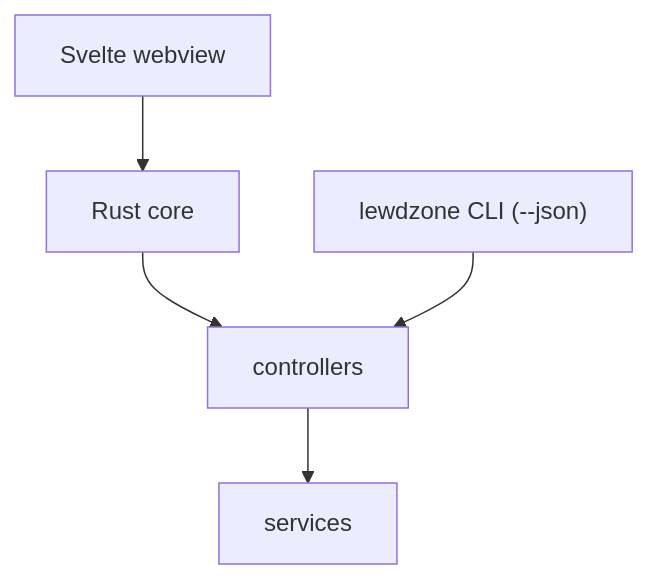
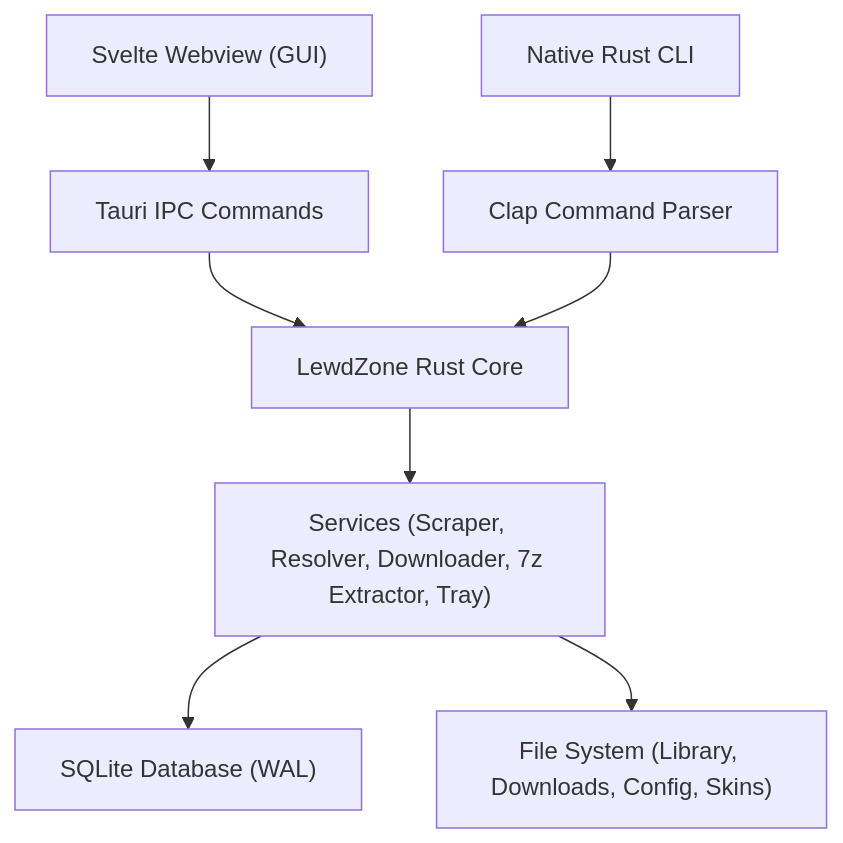
The first of 2 diagrams in wiki/Architecture.md (HELIX-Origin/LewdZone-Launcher), drawn with Mermaid before and after one commit. The commit also changed other lines of this file and 46 other files, not shown here.

Commit message:
✨ feat(release): v0.1.0 initial release with 7-Zip CLI extraction, flat library, system tray, and host blacklist

````diff
--- a/wiki/Architecture.md
+++ b/wiki/Architecture.md
@@ -46,12 +20,19 @@
 ```mermaid
 flowchart TD
-    WV["Svelte webview"]
-    RN["Rust core"]
-    CLI["lewdzone CLI (--json)"]
-    CT["controllers"]
-    SV["services"]
-    WV --> RN
-    RN --> CT
-    CLI --> CT
-    CT --> SV
+    WV["Svelte Webview (GUI)"]
+    CLI["Native Rust CLI"]
+    INV["Tauri IPC Commands"]
+    CLAP["Clap Command Parser"]
+    CORE["LewdZone Rust Core"]
+    SRV["Services (Scraper, Resolver, Downloader, 7z Extractor, Tray)"]
+    DB["SQLite Database (WAL)"]
+    FS["File System (Library, Downloads, Config, Skins)"]
+
+    WV --> INV
+    CLI --> CLAP
+    INV --> CORE
+    CLAP --> CORE
+    CORE --> SRV
+    SRV --> DB
+    SRV --> FS
 ```
````
